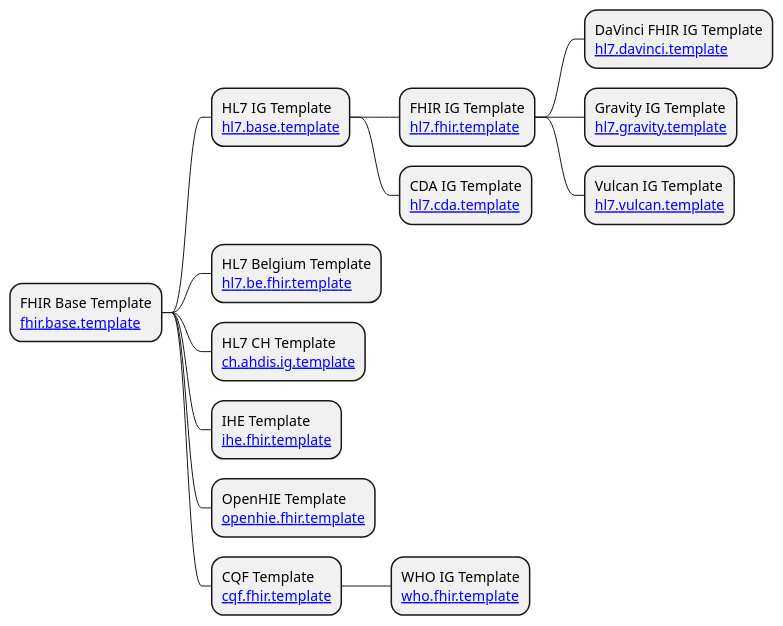
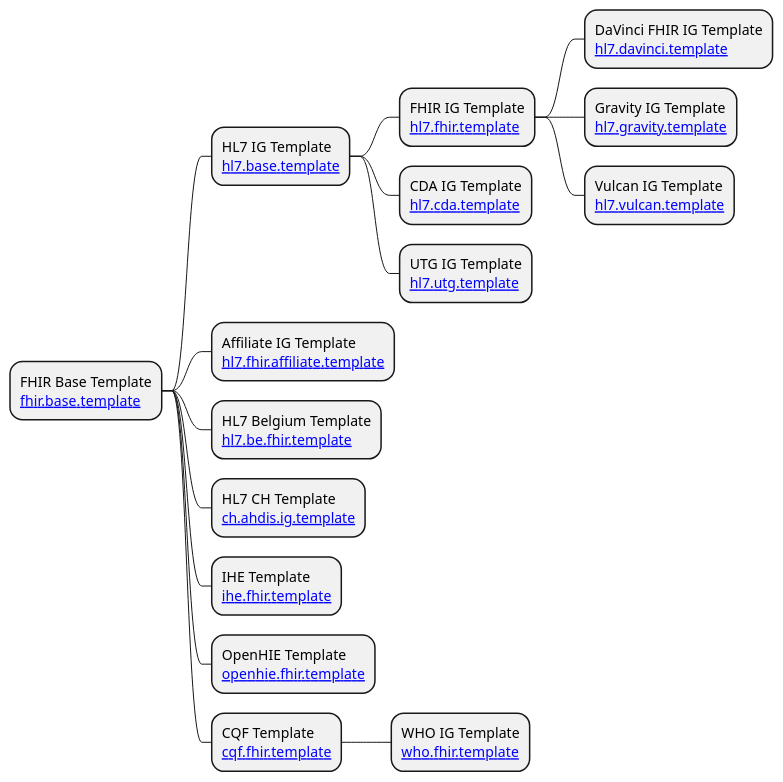
One commit to costateixeira/ig_templates changed the diagram in templates.pu. Above: the diagram before and after it, drawn with PlantUML.

```diff
--- a/templates.pu
+++ b/templates.pu
@@ -1,18 +1,18 @@
 @startmindmap
 * FHIR Base Template\n[[https://github.com/HL7/ig-template-base{https://github.com/HL7/ig-template-base} fhir.base.template]]
 ** HL7 IG Template\n[[https://github.com/HL7/ig-template-hl7{https://github.com/HL7/ig-template-hl7} hl7.base.template]]
 *** FHIR IG Template\n[[https://github.com/HL7/ig-template-fhir{https://github.com/HL7/ig-template-fhir} hl7.fhir.template]]
 **** DaVinci FHIR IG Template\n[[https://github.com/HL7/ig-template-davinci{https://github.com/HL7/ig-template-davinci} hl7.davinci.template]]
 **** Gravity IG Template\n[[https://github.com/HL7/ig-template-gravity{https://github.com/HL7/ig-template-gravity} hl7.gravity.template]]
 **** Vulcan IG Template\n[[https://github.com/HL7/ig-template-vulcan{https://github.com/HL7/ig-template-vulcan} hl7.vulcan.template]]
 *** CDA IG Template\n[[https://github.com/HL7/ig-template-cda{https://github.com/HL7/ig-template-cda} hl7.cda.template]]
+*** UTG IG Template\n[[https://github.com/HL7/ig-template-utg{https://github.com/HL7/ig-template-utg} hl7.utg.template]]
+** Affiliate IG Template\n[[https://github.com/HL7/ig-template-affiliate{https://github.com/HL7/ig-template-affiliate} hl7.fhir.affiliate.template]]
 
-'**** HL7 IT Template\n[[https://github.com/HL7/ig-template-fhir{} hl7.it.fhir.template]]
-'** FHIR Affiliate IG Template\n[[hl7.affiliates.fhir.template]]
 ** HL7 Belgium Template\n[[https://github.com/hl7-be/hl7.be.fhir.template{https://github.com/hl7-be/hl7.be.fhir.template} hl7.be.fhir.template]]
 ** HL7 CH Template\n[[https://github.com/ahdis/ig-template{https://github.com/ahdis/ig-template} ch.ahdis.ig.template]]
 ** IHE Template\n[[https://github.com/IHE/ihe-ig-template{https://github.com/IHE/ihe-ig-template} ihe.fhir.template]]
 ** OpenHIE Template\n[[https://github.com/openhie/openhie-ig-template{https://github.com/openhie/openhie-ig-template} openhie.fhir.template]]
 ** CQF Template\n[[https://github.com/cqframework/cqf-ig-template{https://github.com/cqframework/cqf-ig-template} cqf.fhir.template]]
 *** WHO IG Template\n[[https://github.com/WorldHealthOrganization/smart-ig{https://github.com/WorldHealthOrganization/smart-ig} who.fhir.template]]
 @endmindmap 
```
